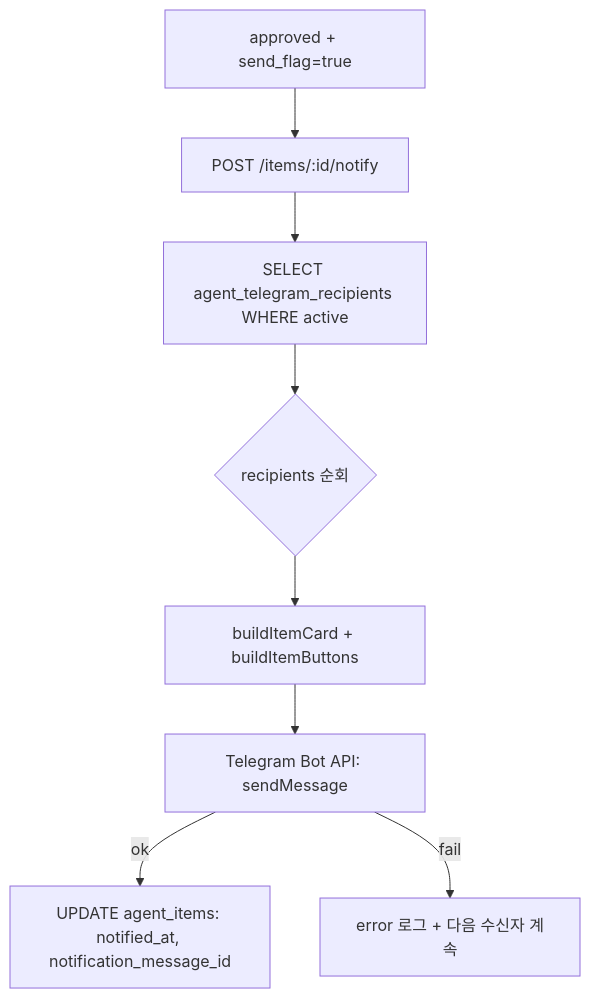
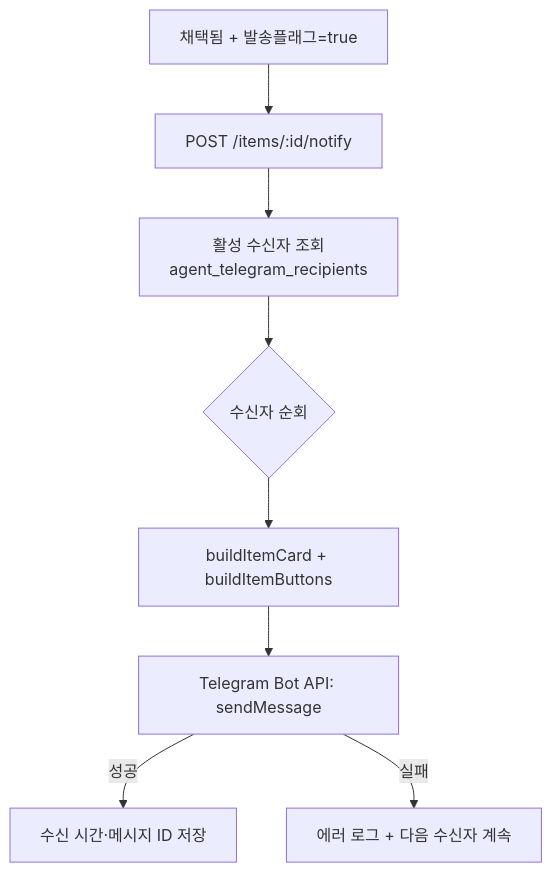
Before and after one commit to giveneeds/give-randing: the ninth of 9 diagrams in docs/content-studio-pipeline-spec.md, drawn with Mermaid. The commit also changed other lines of this file and 15 other files, not shown here.

First line of the commit message:
feat(content-studio): 텔레그램 채택 → 2차 워크플로우 안정화 + 명세·다이어그램 갱신

````diff
--- a/docs/content-studio-pipeline-spec.md
+++ b/docs/content-studio-pipeline-spec.md
@@ -238,10 +480,10 @@
 ```mermaid
 flowchart TD
-  A[approved + send_flag=true] --> B[POST /items/:id/notify]
-  B --> C[SELECT agent_telegram_recipients WHERE active]
-  C --> D{recipients 순회}
+  A[채택됨 + 발송플래그=true] --> B[POST /items/:id/notify]
+  B --> C[활성 수신자 조회<br/>agent_telegram_recipients]
+  C --> D{수신자 순회}
   D --> E[buildItemCard + buildItemButtons]
   E --> F[Telegram Bot API: sendMessage]
-  F -->|ok| G[UPDATE agent_items: notified_at, notification_message_id]
-  F -->|fail| H[error 로그 + 다음 수신자 계속]
+  F -->|성공| G[수신 시간·메시지 ID 저장]
+  F -->|실패| H[에러 로그 + 다음 수신자 계속]
 ```
````
